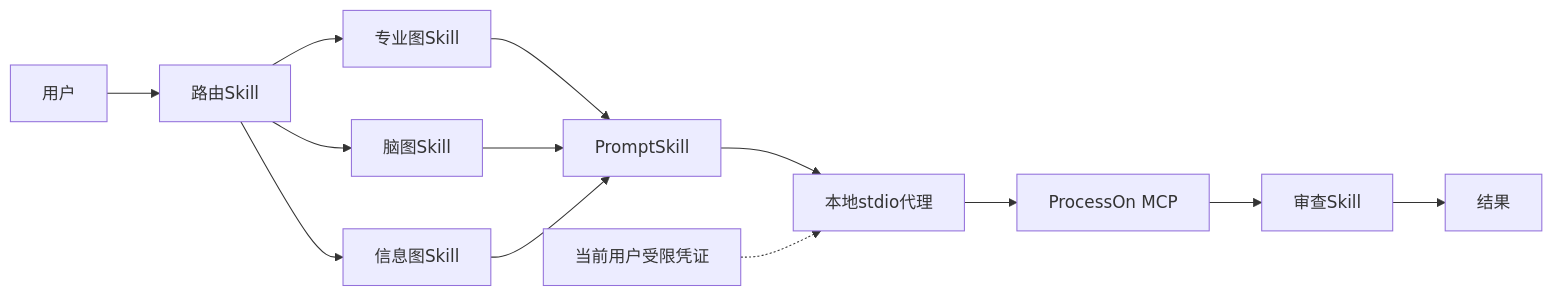
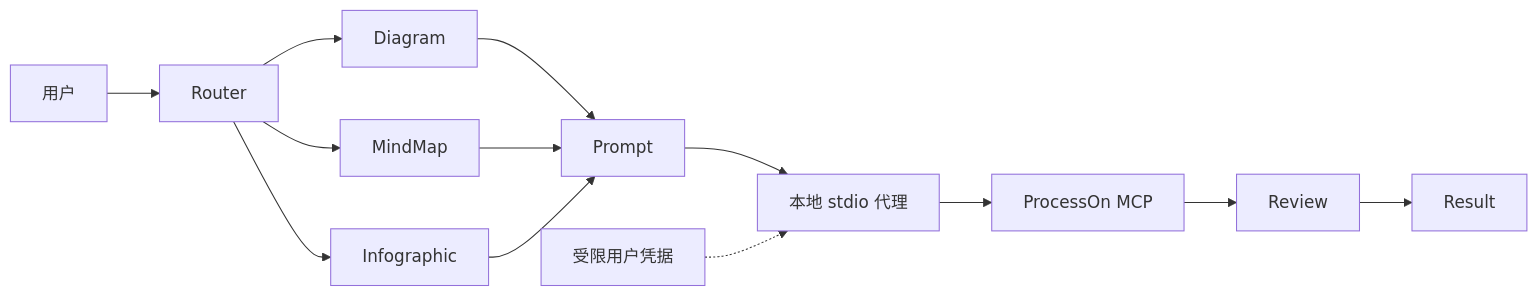
One commit to full-stack-plugins/partme-processon-plugin changed the first of 2 diagrams in docs/Codex-ProcessOn-Plugin-Architecture.zh_CN.md. Above: the diagram before and after it, drawn with Mermaid. The commit also changed other lines of this file and 3 other files, not shown here.

First line of the commit message:
docs: restructure the architecture and solution pairs

````diff
--- a/docs/Codex-ProcessOn-Plugin-Architecture.zh_CN.md
+++ b/docs/Codex-ProcessOn-Plugin-Architecture.zh_CN.md
@@ -7,15 +43,15 @@
 ```mermaid
 flowchart LR
-    用户 --> 路由Skill
-    路由Skill --> 专业图Skill
-    路由Skill --> 脑图Skill
-    路由Skill --> 信息图Skill
-    专业图Skill --> PromptSkill
-    脑图Skill --> PromptSkill
-    信息图Skill --> PromptSkill
-    PromptSkill --> 本地代理[本地stdio代理]
-    本地代理 --> MCP[ProcessOn MCP]
-    MCP --> 审查Skill
-    审查Skill --> 结果
-    用户级凭证[当前用户受限凭证] -.-> 本地代理
+    User[用户] --> Router
+    Router --> Diagram
+    Router --> MindMap
+    Router --> Infographic
+    Diagram --> Prompt
+    MindMap --> Prompt
+    Infographic --> Prompt
+    Prompt --> Proxy[本地 stdio 代理]
+    Proxy --> MCP[ProcessOn MCP]
+    MCP --> Review
+    Review --> Result
+    UserSecret[受限用户凭据] -.-> Proxy
 ```
````
